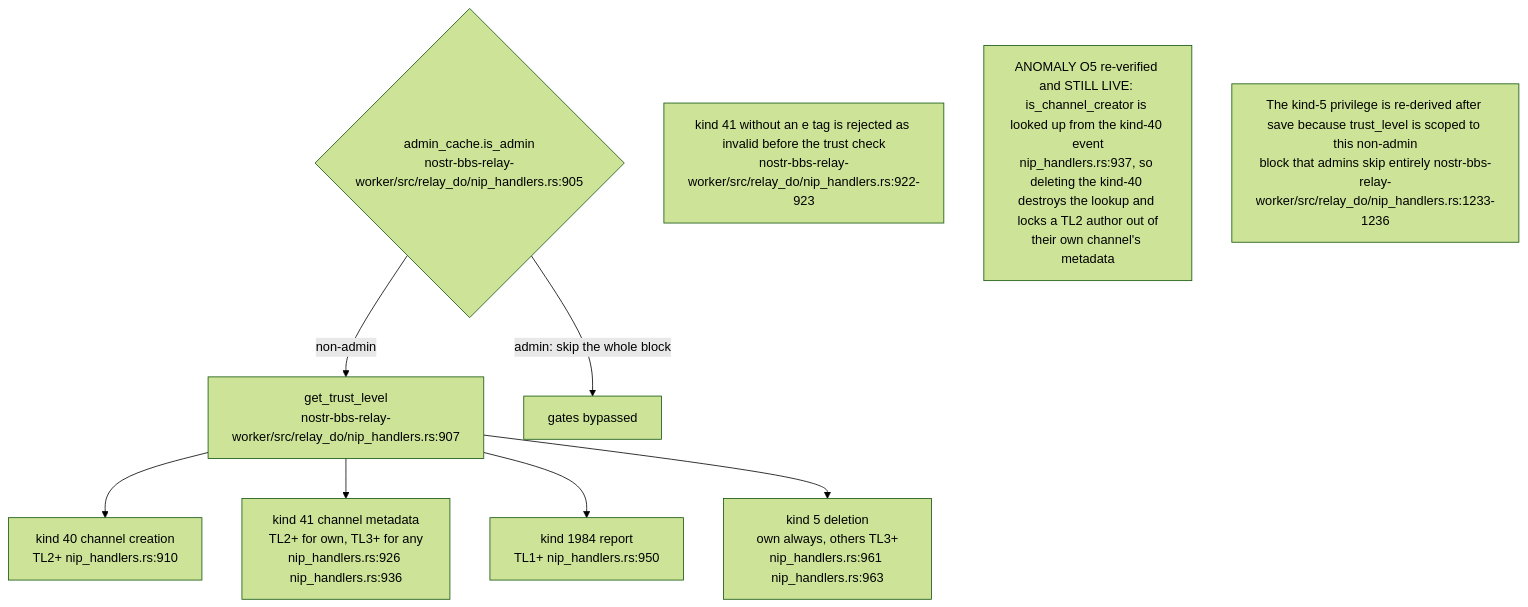
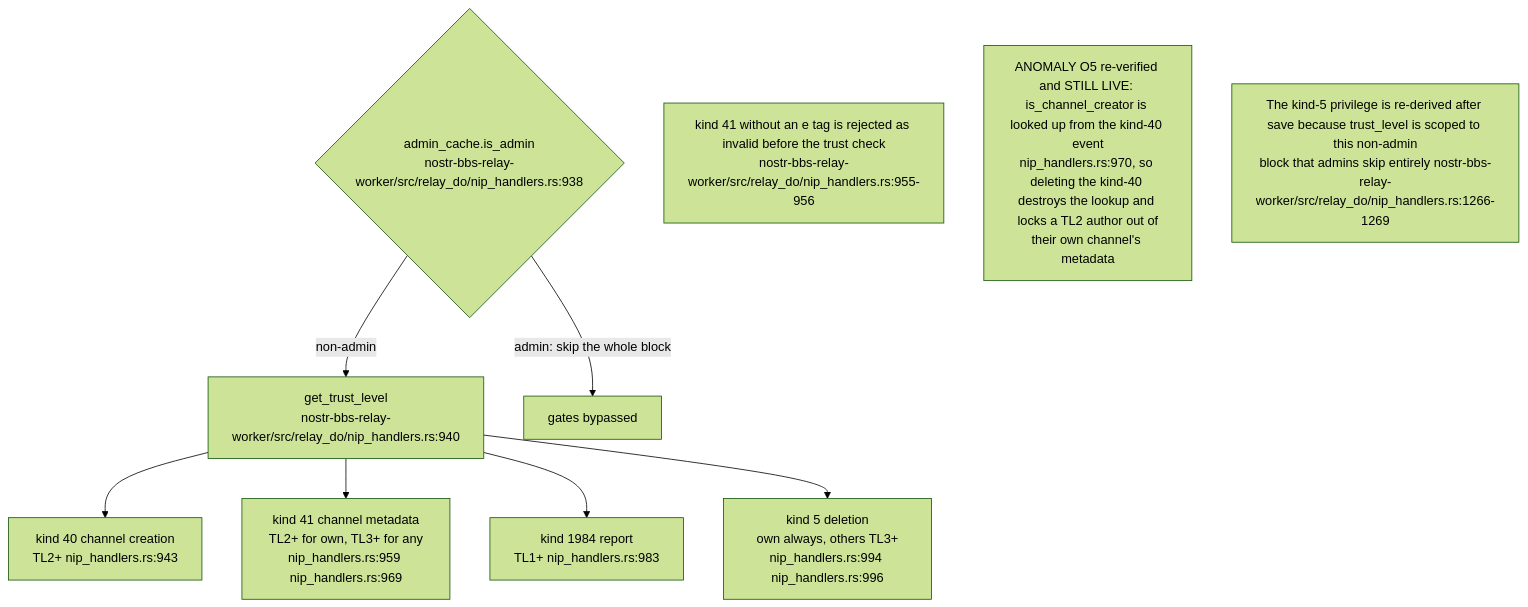
Before and after one commit to DreamLab-AI/VisionFlow: the seventh of 14 diagrams in docs/diagrams/nostr-rust-forum/03-relay-worker-admission-auth-and-trust.md, drawn with Mermaid (forest theme). The commit also changed other lines of this file and 111 other files, not shown here.

Commit message:
docs(diagrams): align estate maps with current source

````diff
--- a/docs/diagrams/nostr-rust-forum/03-relay-worker-admission-auth-and-trust.md
+++ b/docs/diagrams/nostr-rust-forum/03-relay-worker-admission-auth-and-trust.md
@@ -188,16 +188,16 @@
 ```mermaid
 flowchart TB
-    ADMIN{"admin_cache.is_admin<br/>nostr-bbs-relay-worker/src/relay_do/nip_handlers.rs:905"}
-    TL["get_trust_level<br/>nostr-bbs-relay-worker/src/relay_do/nip_handlers.rs:907"]
-    K40["kind 40 channel creation<br/>TL2+ nip_handlers.rs:910"]
-    K41["kind 41 channel metadata<br/>TL2+ for own, TL3+ for any<br/>nip_handlers.rs:926 nip_handlers.rs:936"]
-    K1984["kind 1984 report<br/>TL1+ nip_handlers.rs:950"]
-    K5["kind 5 deletion<br/>own always, others TL3+<br/>nip_handlers.rs:961 nip_handlers.rs:963"]
+    ADMIN{"admin_cache.is_admin<br/>nostr-bbs-relay-worker/src/relay_do/nip_handlers.rs:938"}
+    TL["get_trust_level<br/>nostr-bbs-relay-worker/src/relay_do/nip_handlers.rs:940"]
+    K40["kind 40 channel creation<br/>TL2+ nip_handlers.rs:943"]
+    K41["kind 41 channel metadata<br/>TL2+ for own, TL3+ for any<br/>nip_handlers.rs:959 nip_handlers.rs:969"]
+    K1984["kind 1984 report<br/>TL1+ nip_handlers.rs:983"]
+    K5["kind 5 deletion<br/>own always, others TL3+<br/>nip_handlers.rs:994 nip_handlers.rs:996"]
 
     ADMIN -->|"admin: skip the whole block"| SKIP["gates bypassed"]
     ADMIN -->|"non-admin"| TL --> K40 & K41 & K1984 & K5
 
-    N1["kind 41 without an e tag is rejected as invalid before the trust check<br/>nostr-bbs-relay-worker/src/relay_do/nip_handlers.rs:922-923"]
-    N2["ANOMALY O5 re-verified and STILL LIVE: is_channel_creator is looked up from the kind-40 event<br/>nip_handlers.rs:937, so deleting the kind-40 destroys the lookup and locks a TL2 author out of<br/>their own channel's metadata"]
-    N3["The kind-5 privilege is re-derived after save because trust_level is scoped to this non-admin<br/>block that admins skip entirely nostr-bbs-relay-worker/src/relay_do/nip_handlers.rs:1233-1236"]
+    N1["kind 41 without an e tag is rejected as invalid before the trust check<br/>nostr-bbs-relay-worker/src/relay_do/nip_handlers.rs:955-956"]
+    N2["ANOMALY O5 re-verified and STILL LIVE: is_channel_creator is looked up from the kind-40 event<br/>nip_handlers.rs:970, so deleting the kind-40 destroys the lookup and locks a TL2 author out of<br/>their own channel's metadata"]
+    N3["The kind-5 privilege is re-derived after save because trust_level is scoped to this non-admin<br/>block that admins skip entirely nostr-bbs-relay-worker/src/relay_do/nip_handlers.rs:1266-1269"]
 ```
````
